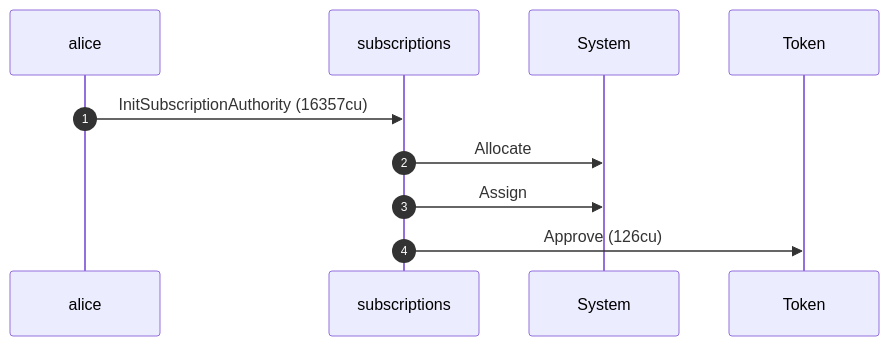
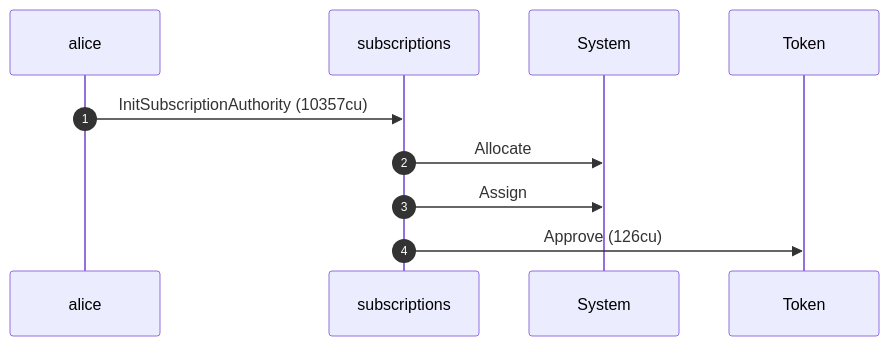
Before and after one commit to cds-rs/subscriptions: the first of 4 diagrams in dsl_tests/survive-an-over-funded-pda.md, drawn with Mermaid. The commit also changed other lines of this file and 224 other files, not shown here.

````diff
--- a/dsl_tests/survive-an-over-funded-pda.md
+++ b/dsl_tests/survive-an-over-funded-pda.md
@@ -25,12 +26,12 @@
 ```mermaid
 sequenceDiagram
     autonumber
     participant alice
     participant subscriptions
     participant System
     participant Token
-    alice ->> subscriptions: InitSubscriptionAuthority (16357cu)
+    alice ->> subscriptions: InitSubscriptionAuthority (10357cu)
     subscriptions ->> System: Allocate
     subscriptions ->> System: Assign
     subscriptions ->> Token: Approve (126cu)
 ```
````
